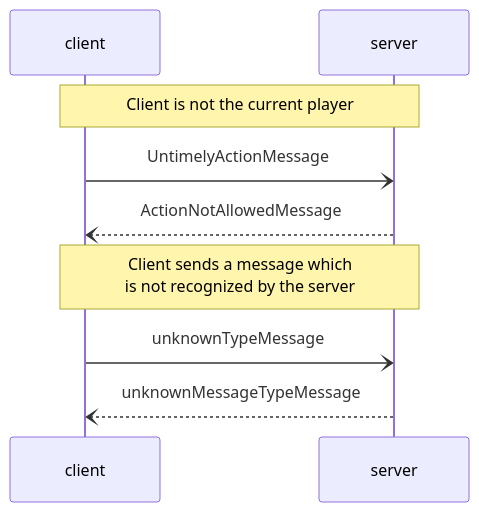
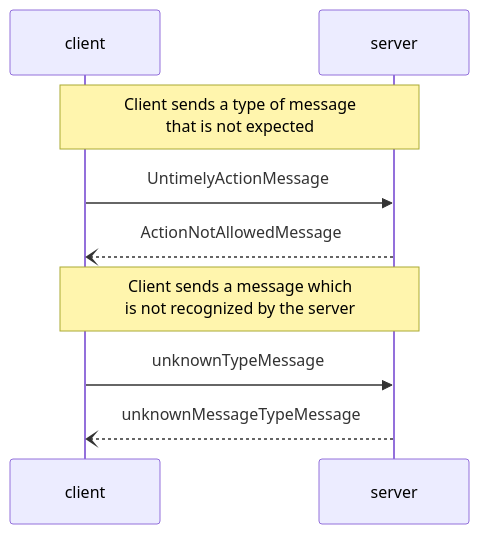
The second of 6 diagrams in documentation_wip/network_protocol.md (frephs/IS24-AM21), drawn with Mermaid before and after one commit. The commit also changed other lines of this file, not shown here.

````diff
--- a/documentation_wip/network_protocol.md
+++ b/documentation_wip/network_protocol.md
@@ -29,9 +29,9 @@
 ```mermaid
 sequenceDiagram
-    Note over client,server: Client is not the current player 
-    client -) server: UntimelyActionMessage
+    Note over client,server: Client sends a type of message <br> that is not expected 
+    client ->> server: UntimelyActionMessage
     server --) client: ActionNotAllowedMessage 
     Note over client,server: Client sends a message which <br>is not recognized by the server
-    client -) server: unknownTypeMessage
+    client ->> server: unknownTypeMessage
     server --)  client : unknownMessageTypeMessage
 ```
````
